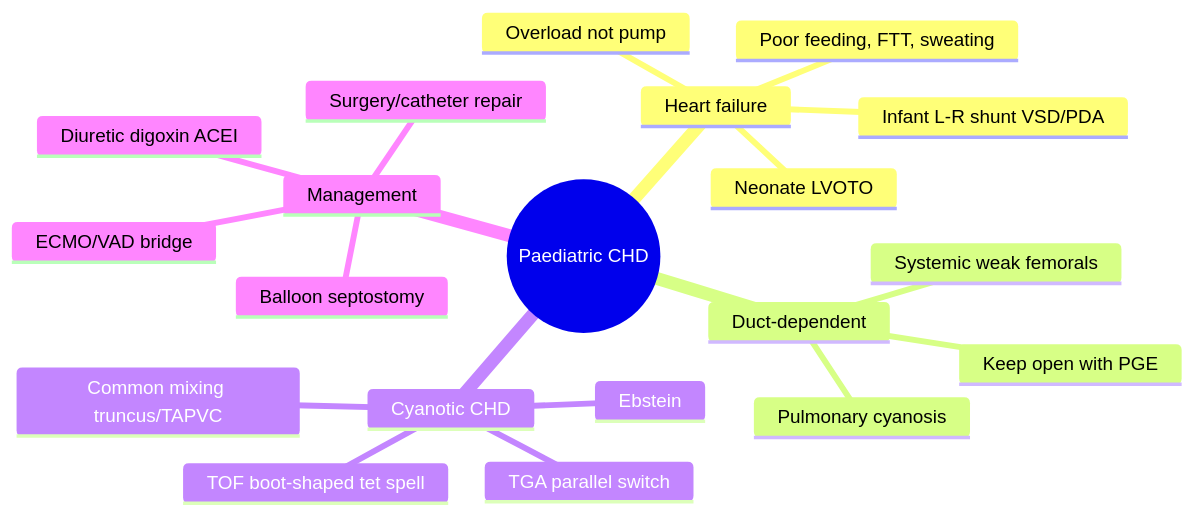
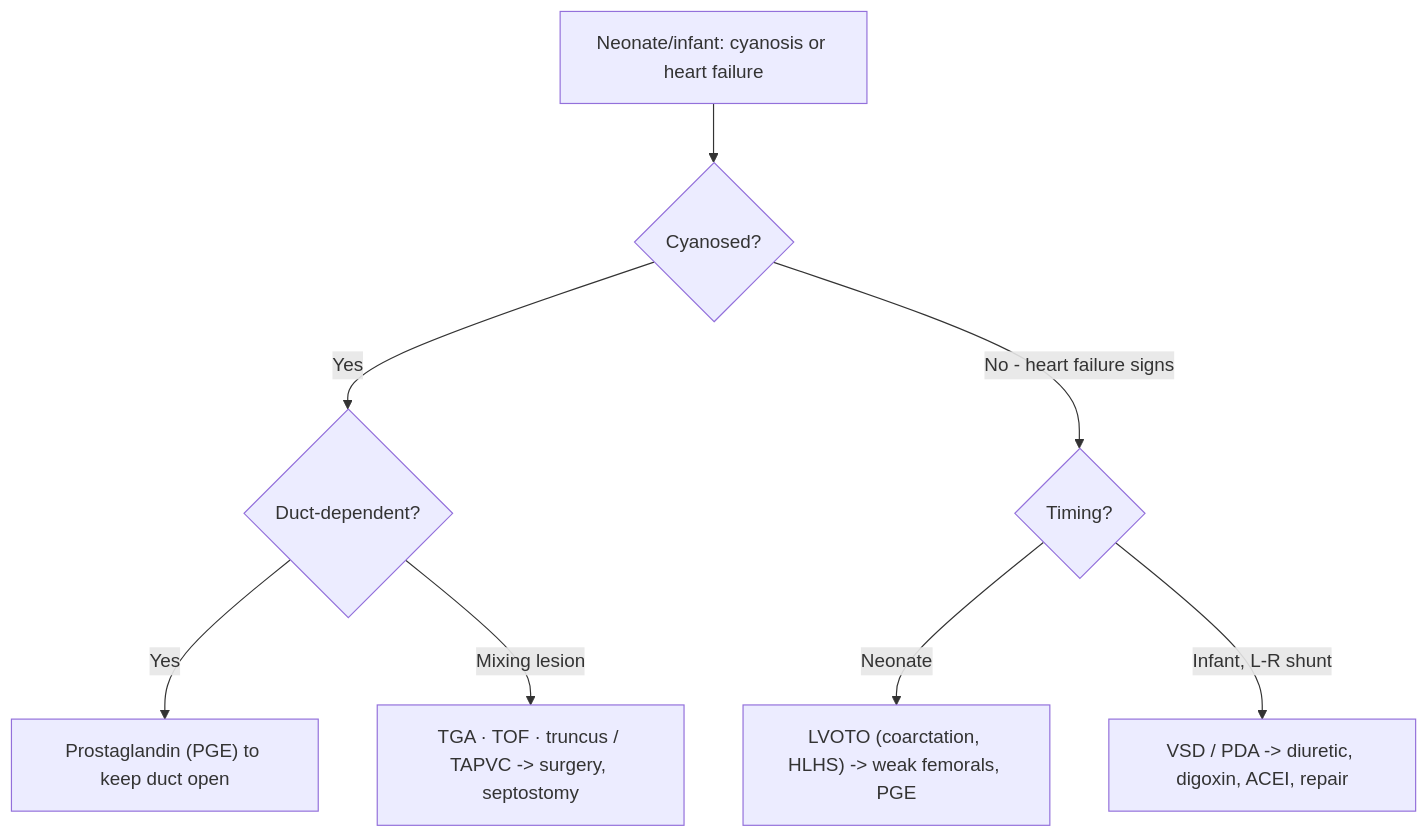
The diagram in content/Cardiology/Paediatric Congenital Heart Disease.md (samacek123-design/study-site-notes), drawn with Mermaid before and after one commit. The commit also changed other lines of this file and 15 other files, not shown here.

````diff
--- a/content/Cardiology/Paediatric Congenital Heart Disease.md
+++ b/content/Cardiology/Paediatric Congenital Heart Disease.md
@@ -45,23 +45,10 @@
 ```mermaid
-mindmap
-  root((Paediatric CHD))
-    Heart failure
-      Overload not pump
-      Poor feeding, FTT, sweating
-      Neonate LVOTO
-      Infant L-R shunt VSD/PDA
-    Duct-dependent
-      Systemic weak femorals
-      Pulmonary cyanosis
-      Keep open with PGE
-    Cyanotic CHD
-      TOF boot-shaped tet spell
-      TGA parallel switch
-      Common mixing truncus/TAPVC
-      Ebstein
-    Management
-      Diuretic digoxin ACEI
-      Surgery/catheter repair
-      Balloon septostomy
-      ECMO/VAD bridge
+flowchart TD
+  A["Neonate/infant: cyanosis or heart failure"] --> B{"Cyanosed?"}
+  B -->|Yes| C{"Duct-dependent?"}
+  C -->|Yes| D["Prostaglandin (PGE) to keep duct open"]
+  C -->|"Mixing lesion"| E["TGA · TOF · truncus / TAPVC -> surgery, septostomy"]
+  B -->|"No - heart failure signs"| F{"Timing?"}
+  F -->|"Neonate"| G["LVOTO (coarctation, HLHS) -> weak femorals, PGE"]
+  F -->|"Infant, L-R shunt"| H["VSD / PDA -> diuretic, digoxin, ACEI, repair"]
 ```
````
